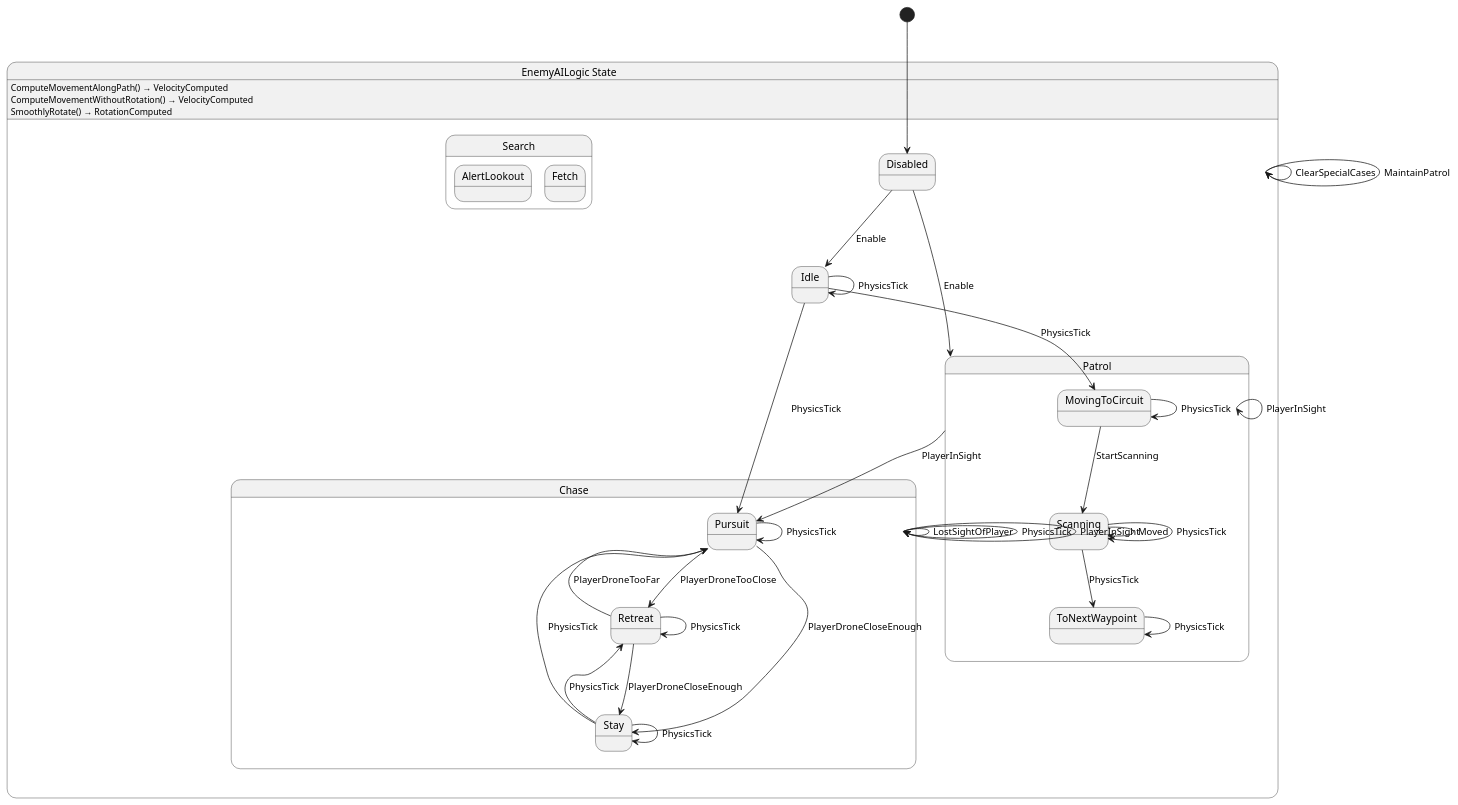
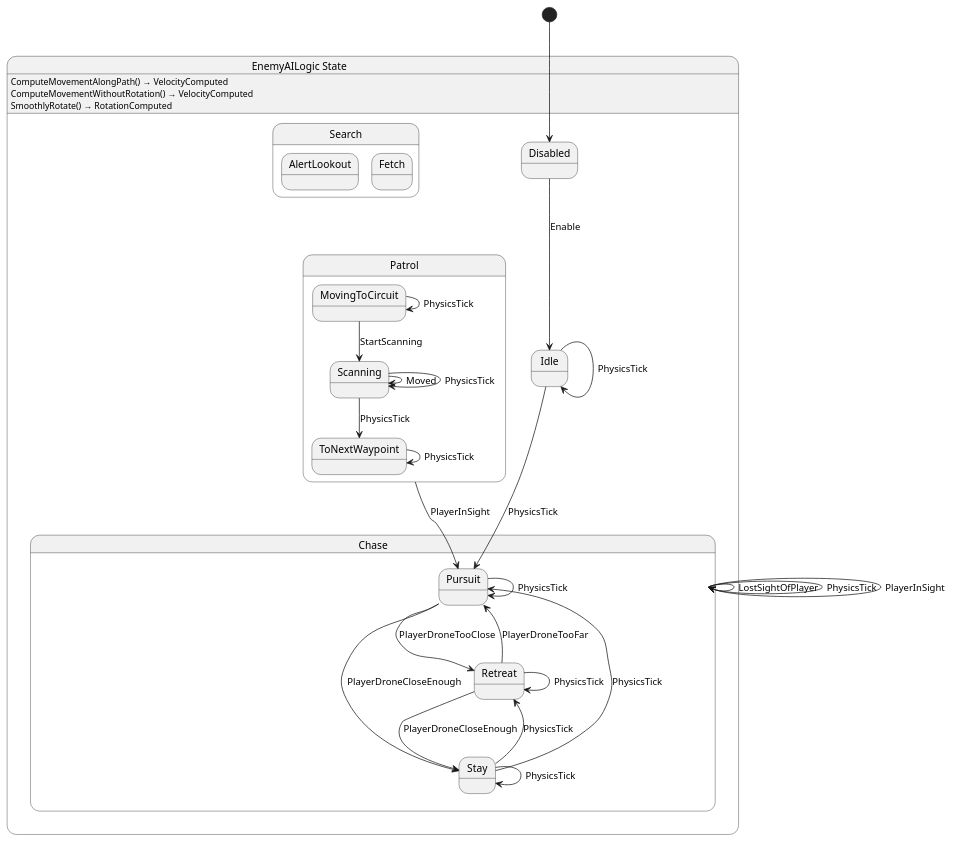
The diagram in Scripts/Drone/Enemy/AIStateMachine/EnemyAILogic.g.puml (SkyValor/rescue-drone), drawn with PlantUML before and after one commit. The commit also changed 26 other files, not shown here.

```diff
--- a/Scripts/Drone/Enemy/AIStateMachine/EnemyAILogic.g.puml
+++ b/Scripts/Drone/Enemy/AIStateMachine/EnemyAILogic.g.puml
@@ -1,54 +1,49 @@
 @startuml EnemyAILogic
 state "EnemyAILogic State" as RescueDrone_EnemyAILogic_State {
   state "Chase" as RescueDrone_EnemyAILogic_State_Chase {
     state "Pursuit" as RescueDrone_EnemyAILogic_State_Pursuit
     state "Retreat" as RescueDrone_EnemyAILogic_State_Retreat
     state "Stay" as RescueDrone_EnemyAILogic_State_Stay
   }
   state "Disabled" as RescueDrone_EnemyAILogic_State_Disabled
   state "Idle" as RescueDrone_EnemyAILogic_State_Idle
   state "Patrol" as RescueDrone_EnemyAILogic_State_Patrol {
     state "MovingToCircuit" as RescueDrone_EnemyAILogic_State_MovingToCircuit
     state "Scanning" as RescueDrone_EnemyAILogic_State_Scanning
     state "ToNextWaypoint" as RescueDrone_EnemyAILogic_State_ToNextWaypoint
   }
   state "Search" as RescueDrone_EnemyAILogic_State_Search {
     state "AlertLookout" as RescueDrone_EnemyAILogic_State_AlertLookout
     state "Fetch" as RescueDrone_EnemyAILogic_State_Fetch
   }
 }
 
-RescueDrone_EnemyAILogic_State --> RescueDrone_EnemyAILogic_State : ClearSpecialCases
-RescueDrone_EnemyAILogic_State --> RescueDrone_EnemyAILogic_State : MaintainPatrol
 RescueDrone_EnemyAILogic_State_Chase --> RescueDrone_EnemyAILogic_State_Chase : LostSightOfPlayer
 RescueDrone_EnemyAILogic_State_Chase --> RescueDrone_EnemyAILogic_State_Chase : PhysicsTick
 RescueDrone_EnemyAILogic_State_Chase --> RescueDrone_EnemyAILogic_State_Chase : PlayerInSight
 RescueDrone_EnemyAILogic_State_Disabled --> RescueDrone_EnemyAILogic_State_Idle : Enable
-RescueDrone_EnemyAILogic_State_Disabled --> RescueDrone_EnemyAILogic_State_Patrol : Enable
 RescueDrone_EnemyAILogic_State_Idle --> RescueDrone_EnemyAILogic_State_Idle : PhysicsTick
-RescueDrone_EnemyAILogic_State_Idle --> RescueDrone_EnemyAILogic_State_MovingToCircuit : PhysicsTick
 RescueDrone_EnemyAILogic_State_Idle --> RescueDrone_EnemyAILogic_State_Pursuit : PhysicsTick
 RescueDrone_EnemyAILogic_State_MovingToCircuit --> RescueDrone_EnemyAILogic_State_MovingToCircuit : PhysicsTick
 RescueDrone_EnemyAILogic_State_MovingToCircuit --> RescueDrone_EnemyAILogic_State_Scanning : StartScanning
-RescueDrone_EnemyAILogic_State_Patrol --> RescueDrone_EnemyAILogic_State_Patrol : PlayerInSight
 RescueDrone_EnemyAILogic_State_Patrol --> RescueDrone_EnemyAILogic_State_Pursuit : PlayerInSight
 RescueDrone_EnemyAILogic_State_Pursuit --> RescueDrone_EnemyAILogic_State_Pursuit : PhysicsTick
 RescueDrone_EnemyAILogic_State_Pursuit --> RescueDrone_EnemyAILogic_State_Retreat : PlayerDroneTooClose
 RescueDrone_EnemyAILogic_State_Pursuit --> RescueDrone_EnemyAILogic_State_Stay : PlayerDroneCloseEnough
 RescueDrone_EnemyAILogic_State_Retreat --> RescueDrone_EnemyAILogic_State_Pursuit : PlayerDroneTooFar
 RescueDrone_EnemyAILogic_State_Retreat --> RescueDrone_EnemyAILogic_State_Retreat : PhysicsTick
 RescueDrone_EnemyAILogic_State_Retreat --> RescueDrone_EnemyAILogic_State_Stay : PlayerDroneCloseEnough
 RescueDrone_EnemyAILogic_State_Scanning --> RescueDrone_EnemyAILogic_State_Scanning : Moved
 RescueDrone_EnemyAILogic_State_Scanning --> RescueDrone_EnemyAILogic_State_Scanning : PhysicsTick
 RescueDrone_EnemyAILogic_State_Scanning --> RescueDrone_EnemyAILogic_State_ToNextWaypoint : PhysicsTick
 RescueDrone_EnemyAILogic_State_Stay --> RescueDrone_EnemyAILogic_State_Pursuit : PhysicsTick
 RescueDrone_EnemyAILogic_State_Stay --> RescueDrone_EnemyAILogic_State_Retreat : PhysicsTick
 RescueDrone_EnemyAILogic_State_Stay --> RescueDrone_EnemyAILogic_State_Stay : PhysicsTick
 RescueDrone_EnemyAILogic_State_ToNextWaypoint --> RescueDrone_EnemyAILogic_State_ToNextWaypoint : PhysicsTick
 
 RescueDrone_EnemyAILogic_State : ComputeMovementAlongPath() → VelocityComputed
 RescueDrone_EnemyAILogic_State : ComputeMovementWithoutRotation() → VelocityComputed
 RescueDrone_EnemyAILogic_State : SmoothlyRotate() → RotationComputed
 
 [*] --> RescueDrone_EnemyAILogic_State_Disabled
 @enduml
```
